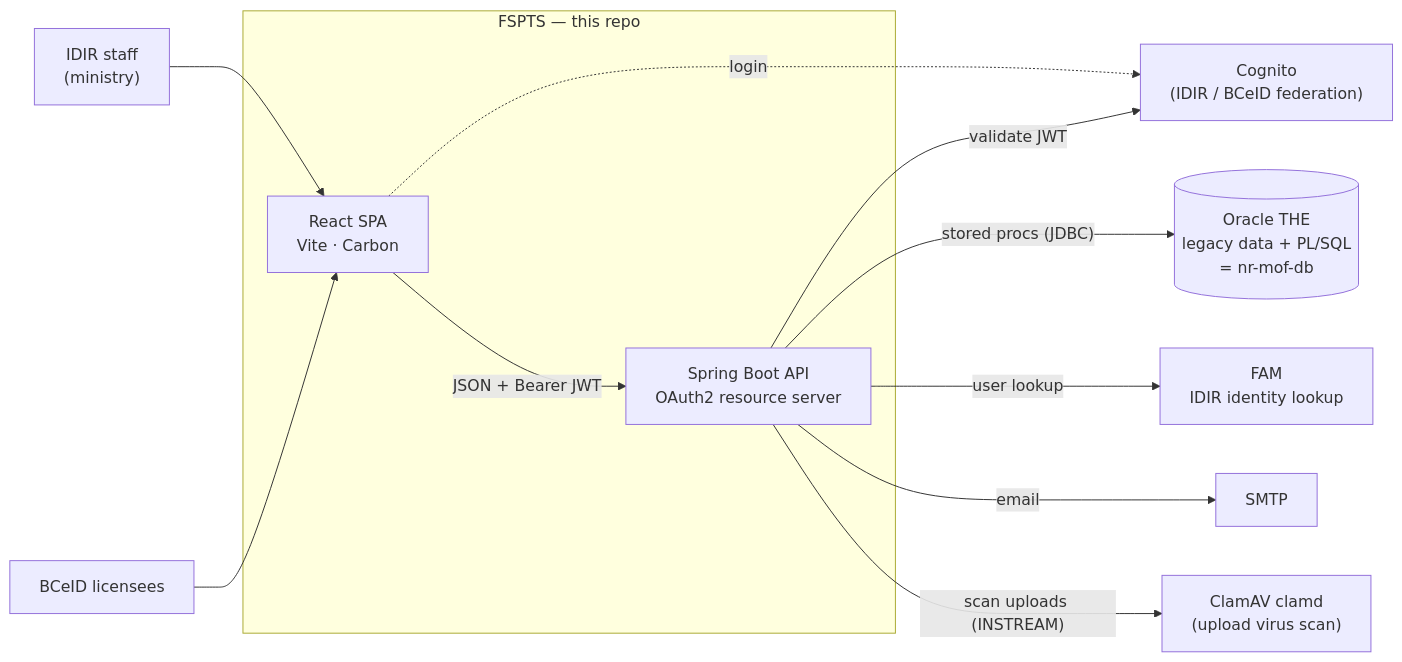
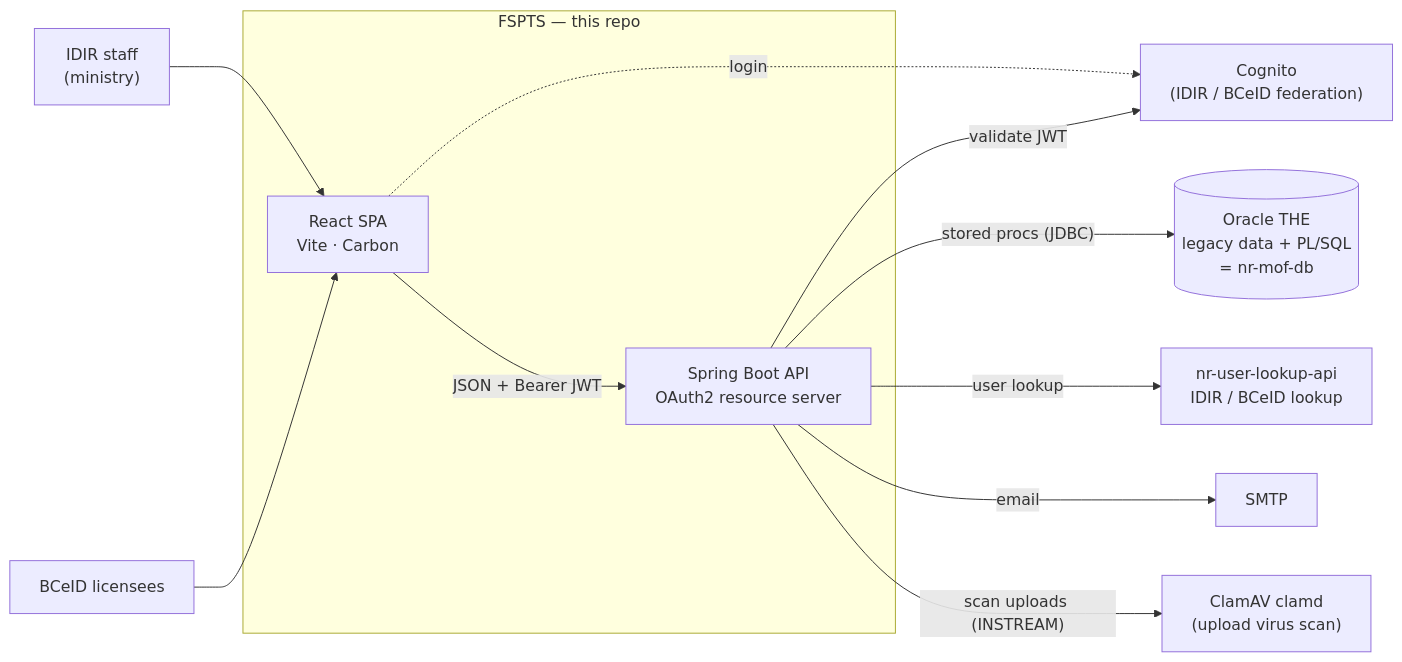
One commit to bcgov/nr-fspts changed the first of 2 diagrams in docs/architecture.md. Above: the diagram before and after it, drawn with Mermaid. The commit also changed other lines of this file and 12 other files, not shown here.

````diff
--- a/docs/architecture.md
+++ b/docs/architecture.md
@@ -26,25 +26,25 @@
 ```mermaid
 flowchart LR
     idir["IDIR staff<br/>(ministry)"]
     bceid["BCeID licensees"]
 
     subgraph fsp["FSPTS — this repo"]
         spa["React SPA<br/>Vite · Carbon"]
         api["Spring Boot API<br/>OAuth2 resource server"]
     end
 
     cognito["Cognito<br/>(IDIR / BCeID federation)"]
     oracle[("Oracle THE<br/>legacy data + PL/SQL<br/>= nr-mof-db")]
-    fam["FAM<br/>IDIR identity lookup"]
+    userlookup["nr-user-lookup-api<br/>IDIR / BCeID lookup"]
     smtp["SMTP"]
     clamav["ClamAV clamd<br/>(upload virus scan)"]
 
     idir & bceid --> spa
     spa -- "JSON + Bearer JWT" --> api
     spa -. "login" .-> cognito
     api -- "validate JWT" --> cognito
     api -- "stored procs (JDBC)" --> oracle
-    api -- "user lookup" --> fam
+    api -- "user lookup" --> userlookup
     api -- "email" --> smtp
     api -- "scan uploads (INSTREAM)" --> clamav
 ```
````
